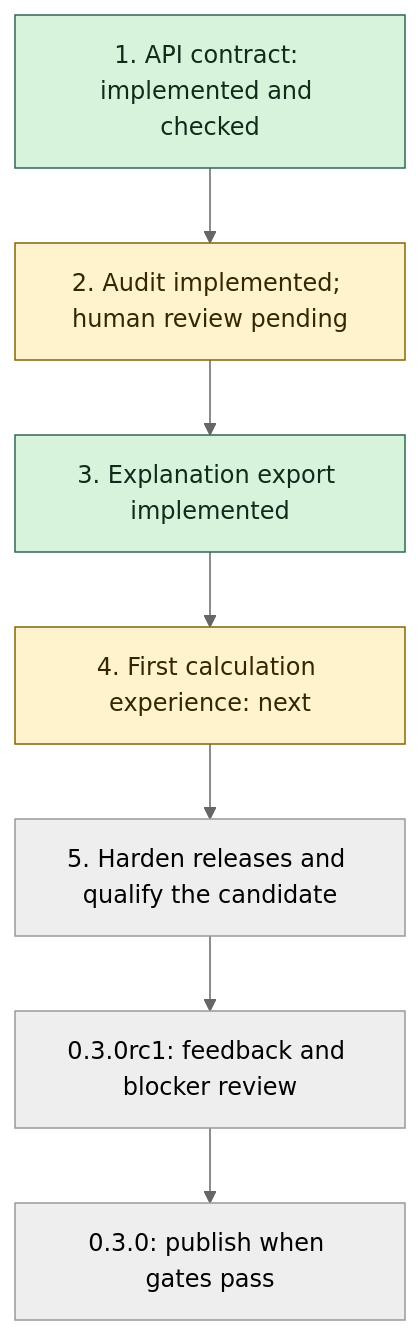
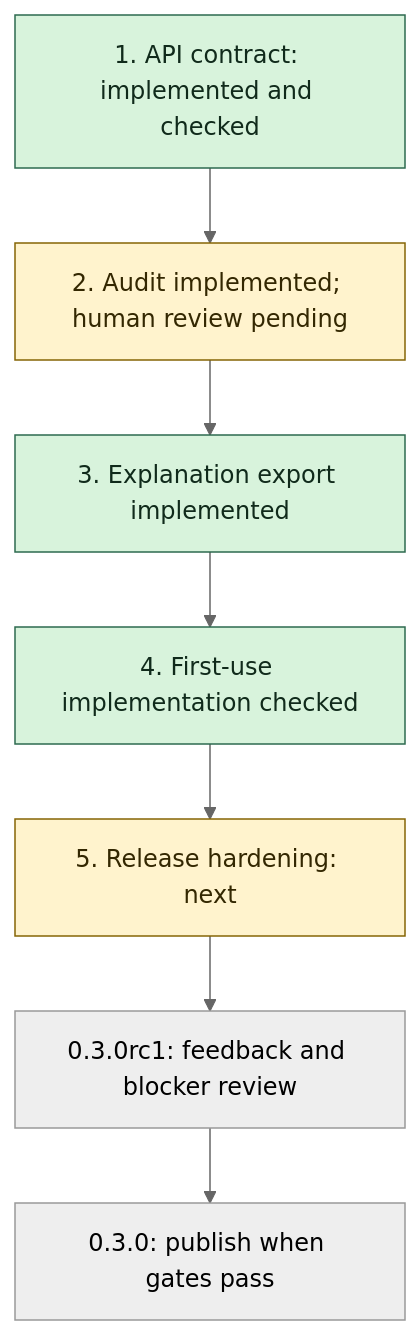
One commit to reetanshuh1998/Ramanujan_master_theorem changed the diagram in docs/STABLE_RELEASE_PLAN.md. Above: the diagram before and after it, drawn with Mermaid (neutral theme). The commit also changed other lines of this file and 12 other files, not shown here.

Commit message:
Guide method selection with shared reference-checked first calculations

````diff
--- a/docs/STABLE_RELEASE_PLAN.md
+++ b/docs/STABLE_RELEASE_PLAN.md
@@ -14,15 +14,15 @@
 ```mermaid
 flowchart TD
     A[1. API contract: implemented and checked]
     B[2. Audit implemented; human review pending]
     C[3. Explanation export implemented]
-    D[4. First calculation experience: next]
-    E[5. Harden releases and qualify the candidate]
+    D[4. First-use implementation checked]
+    E[5. Release hardening: next]
     A --> B --> C --> D --> E
     E --> R[0.3.0rc1: feedback and blocker review]
     R --> S[0.3.0: publish when gates pass]
     classDef done fill:#d8f3dc,stroke:#2d6a4f,color:#102a1b
     classDef next fill:#fff3cd,stroke:#856404,color:#332701
-    class A,C done
-    class B,D next
+    class A,C,D done
+    class B,E next
 ```
````
